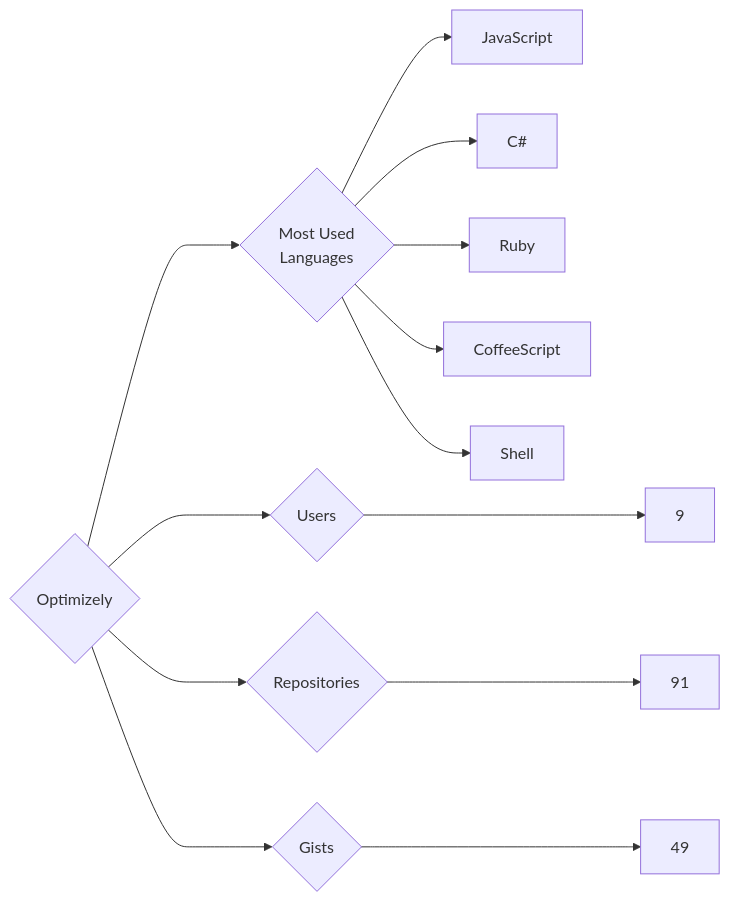
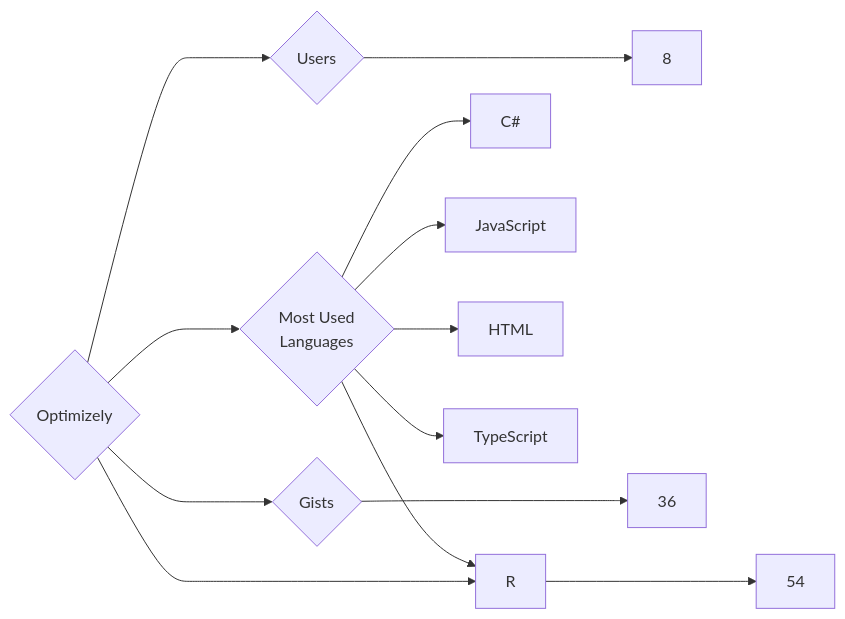
Before and after one commit to trickest/insiders: the diagram in targets/Optimizely/README.md, drawn with Mermaid. The commit also changed 1496 other files, not shown here.

````diff
--- a/targets/Optimizely/README.md
+++ b/targets/Optimizely/README.md
@@ -3,13 +3,13 @@
 ```mermaid
 graph LR
 COMPANY_NAME{Optimizely}
-COMPANY_NAME ---> U{Users} ---> UN[9]
-COMPANY_NAME ---> R{Repositories} ---> RN[91]
-COMPANY_NAME ---> G{Gists} ---> GN[49]
+COMPANY_NAME ---> U{Users} ---> UN[8]
+COMPANY_NAME ---> R{Repositories} ---> RN[54]
+COMPANY_NAME ---> G{Gists} ---> GN[36]
 COMPANY_NAME ---> ML{Most Used<br>Languages}
+ML --> C#[C#]
 ML --> JavaScript[JavaScript]
-ML --> C#[C#]
-ML --> Ruby[Ruby]
-ML --> CoffeeScript[CoffeeScript]
-ML --> Shell[Shell]
+ML --> R[R]
+ML --> HTML[HTML]
+ML --> TypeScript[TypeScript]
 ```
````
